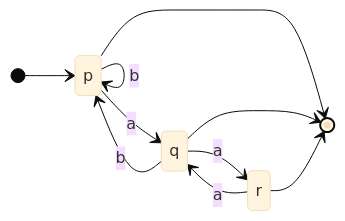
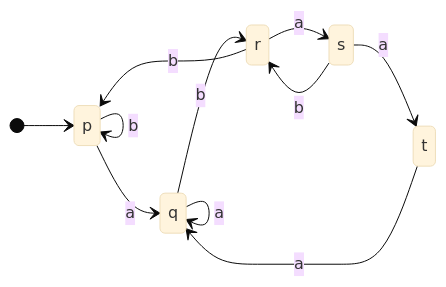
Before and after one commit to cijjas/ObsNotas: the eighth of 11 diagrams in TLA/Guías/Guía 3 - Lenguajes Regulares, Autómatas Finitos.md, drawn with Mermaid (base theme). The commit also changed other lines of this file, not shown here.

````diff
--- a/TLA/Guías/Guía 3 - Lenguajes Regulares, Autómatas Finitos.md
+++ b/TLA/Guías/Guía 3 - Lenguajes Regulares, Autómatas Finitos.md
@@ -243,14 +244,14 @@
 ```mermaid
 stateDiagram
 direction LR
 [*] --> p
 p --> q : a
-q --> p : b
 p --> p : b
-q --> r : a
-r --> q : a
-p --> [*]
-q --> [*]
-r --> [*]
-
+q --> q : a 
+q --> r : b
+r --> p : b
+r --> s : a
+s --> r : b
+s --> t : a
+t --> q : a
 ```
````
